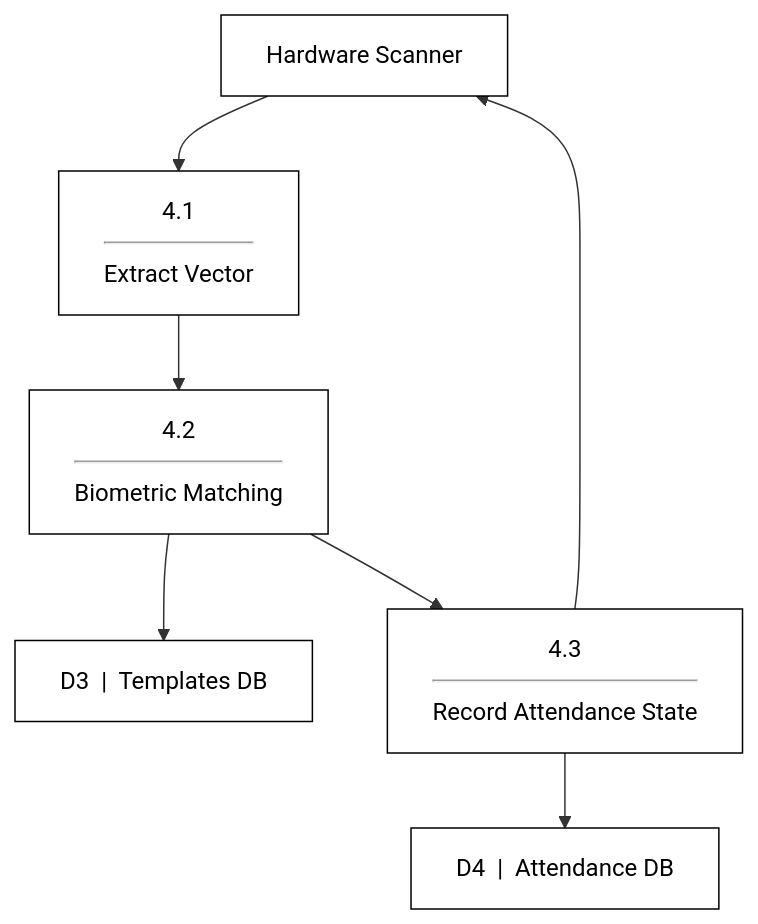
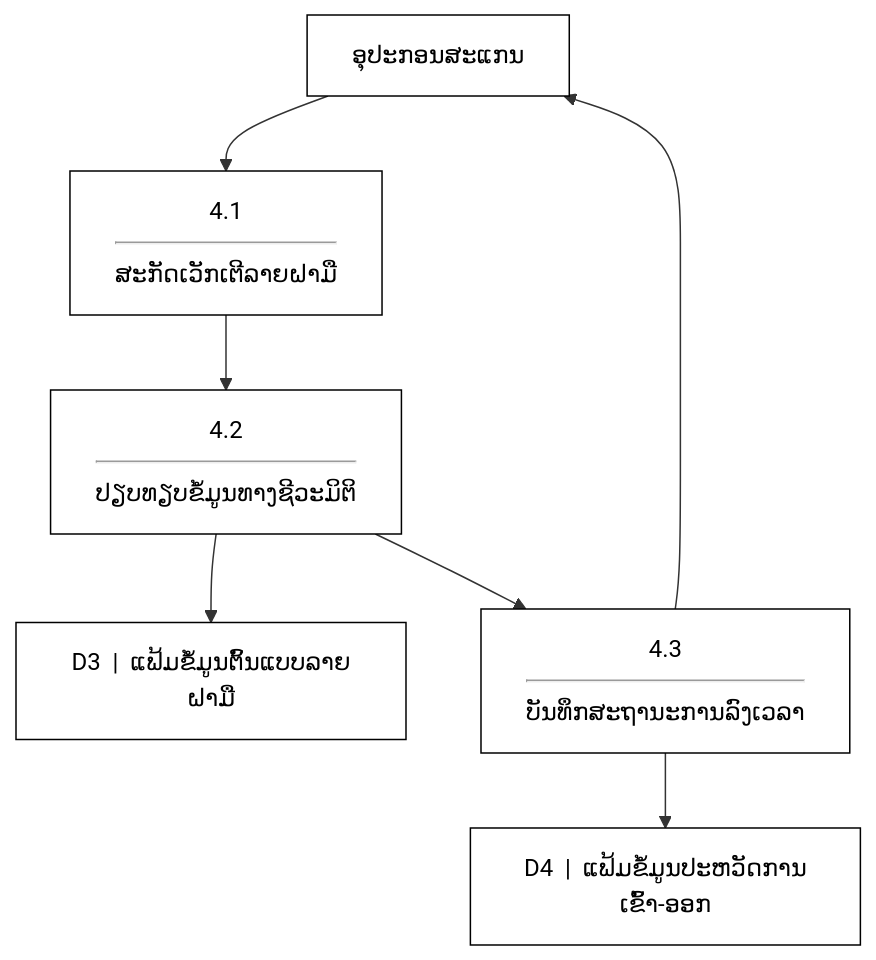
Before and after one commit to Touy2004/palm-back-end: the ninth of 14 diagrams in USER_MANUAL.md, drawn with Mermaid. The commit also changed other lines of this file, not shown here.

````diff
--- a/USER_MANUAL.md
+++ b/USER_MANUAL.md
@@ -453,24 +453,24 @@
 ```mermaid
 flowchart TD
-    Device[Hardware Scanner]:::entity
+    Device["ອຸປະກອນສະແກນ"]:::entity
     
-    P4_1["4.1<hr/>Extract Vector"]:::process
-    P4_2["4.2<hr/>Biometric Matching"]:::process
-    P4_3["4.3<hr/>Record Attendance State"]:::process
+    P4_1["4.1<hr/>ສະກັດເວັກເຕີລາຍຝາມື"]:::process
+    P4_2["4.2<hr/>ປຽບທຽບຂໍ້ມູນທາງຊີວະມິຕິ"]:::process
+    P4_3["4.3<hr/>ບັນທຶກສະຖານະການລົງເວລາ"]:::process
     
-    D3["D3 &nbsp;|&nbsp; Templates DB"]:::datastore
-    D4["D4 &nbsp;|&nbsp; Attendance DB"]:::datastore
+    D3["D3 &nbsp;|&nbsp; ແຟ້ມຂໍ້ມູນຕົ້ນແບບລາຍຝາມື"]:::datastore
+    D4["D4 &nbsp;|&nbsp; ແຟ້ມຂໍ້ມູນປະຫວັດການເຂົ້າ-ອອກ"]:::datastore
     
     Device --> P4_1
     P4_1 --> P4_2
     
     P4_2 --> D3
     P4_2 --> P4_3
     
     P4_3 --> D4
     P4_3 --> Device
 
     classDef entity fill:#fff,stroke:#000,stroke-width:1px,shape:rect,color:#000
     classDef process fill:#fff,stroke:#000,stroke-width:1px,shape:rect,color:#000
     classDef datastore fill:#fff,stroke:#000,stroke-width:1px,shape:rect,color:#000
 ```
````
